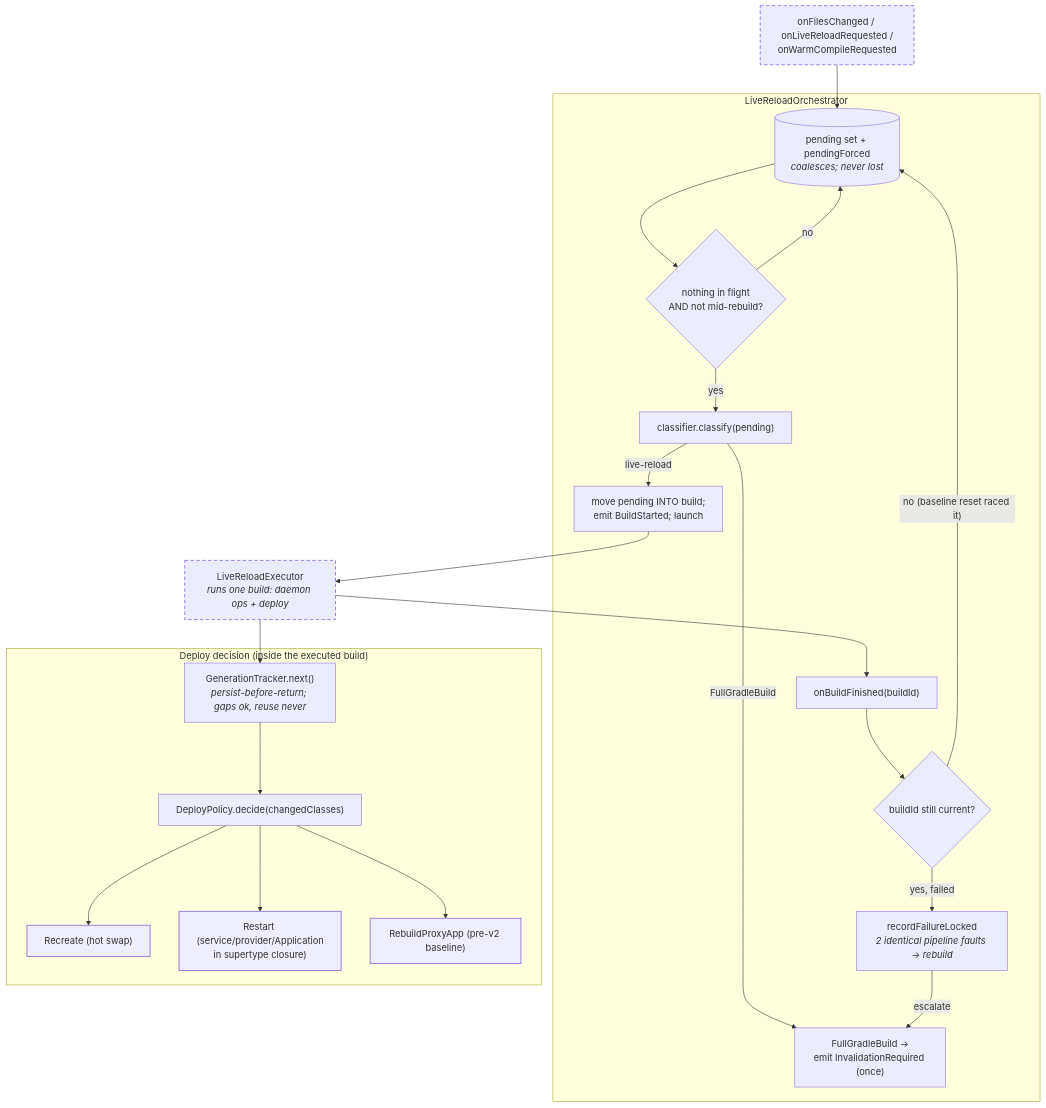
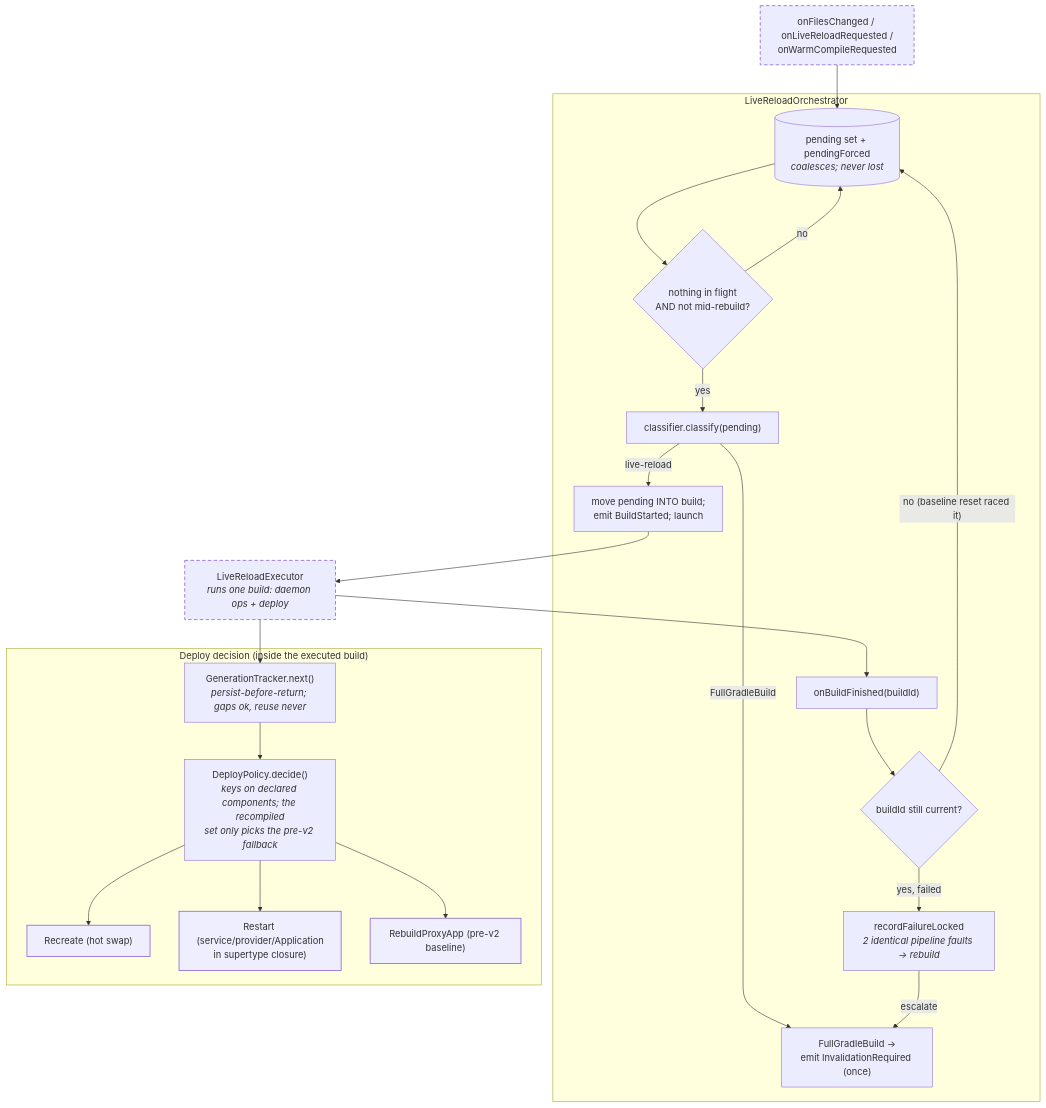
The ninth of 16 diagrams in quickbuild/docs/pipeline.md (appdevforall/CodeOnTheGo), drawn with Mermaid before and after one commit. The commit also changed other lines of this file, not shown here.

Commit message:
ADFA-4128 (1/11): address CodeRabbit review
- F1713-9 stop the pipeline diagrams implying the deploy decision reads the changed set

Claude-Session: https://claude.ai/code/session_01FstXxJ5cwWPcvmhZ9vJgJ7

````diff
--- a/quickbuild/docs/pipeline.md
+++ b/quickbuild/docs/pipeline.md
@@ -473,42 +473,42 @@
 ```mermaid
 flowchart TB
     ev["onFilesChanged / onLiveReloadRequested /<br/>onWarmCompileRequested"]:::ext
     exec["LiveReloadExecutor<br/><i>runs one build: daemon ops + deploy</i>"]:::ext
 
     subgraph orch["LiveReloadOrchestrator"]
         pend[("pending set + pendingForced<br/><i>coalesces; never lost</i>")]
         gate{"nothing in flight<br/>AND not mid-rebuild?"}
         route["classifier.classify(pending)"]
         full["FullGradleBuild -><br/>emit InvalidationRequired (once)"]
         start["move pending INTO build;<br/>emit BuildStarted; launch"]
         fin["onBuildFinished(buildId)"]
         superseded{"buildId still current?"}
         tally["recordFailureLocked<br/><i>2 identical pipeline faults -> rebuild</i>"]
     end
 
     subgraph decide["Deploy decision (inside the executed build)"]
         gen["GenerationTracker.next()<br/><i>persist-before-return; gaps ok, reuse never</i>"]
-        pol["DeployPolicy.decide(changedClasses)"]
+        pol["DeployPolicy.decide()<br/><i>keys on declared components; the recompiled<br/>set only picks the pre-v2 fallback</i>"]
         rec["Recreate (hot swap)"]:::out
         res["Restart (service/provider/Application<br/>in supertype closure)"]:::out
         reb["RebuildProxyApp (pre-v2 baseline)"]:::out
     end
 
     ev --> pend --> gate
     gate -- "no" --> pend
     gate -- "yes" --> route
     route -- "FullGradleBuild" --> full
     route -- "live-reload" --> start
     start --> exec
     exec --> gen --> pol
     pol --> rec
     pol --> res
     pol --> reb
     exec --> fin --> superseded
     superseded -- "no (baseline reset raced it)" --> pend
     superseded -- "yes, failed" --> tally
     tally -- "escalate" --> full
 
     classDef ext stroke-dasharray: 6 4,stroke-width:1.5px
     classDef out fill:#eef,stroke-width:1.5px
 ```
````
